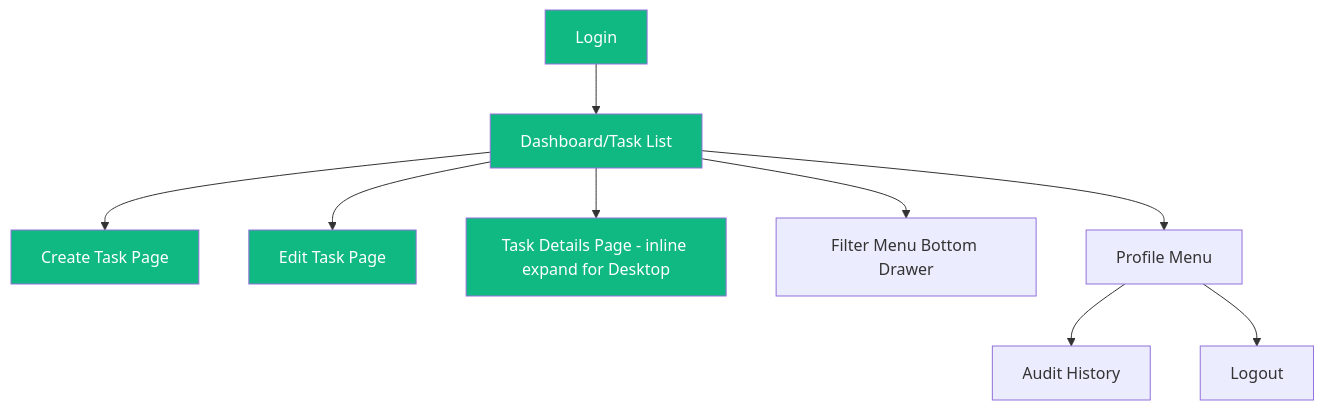
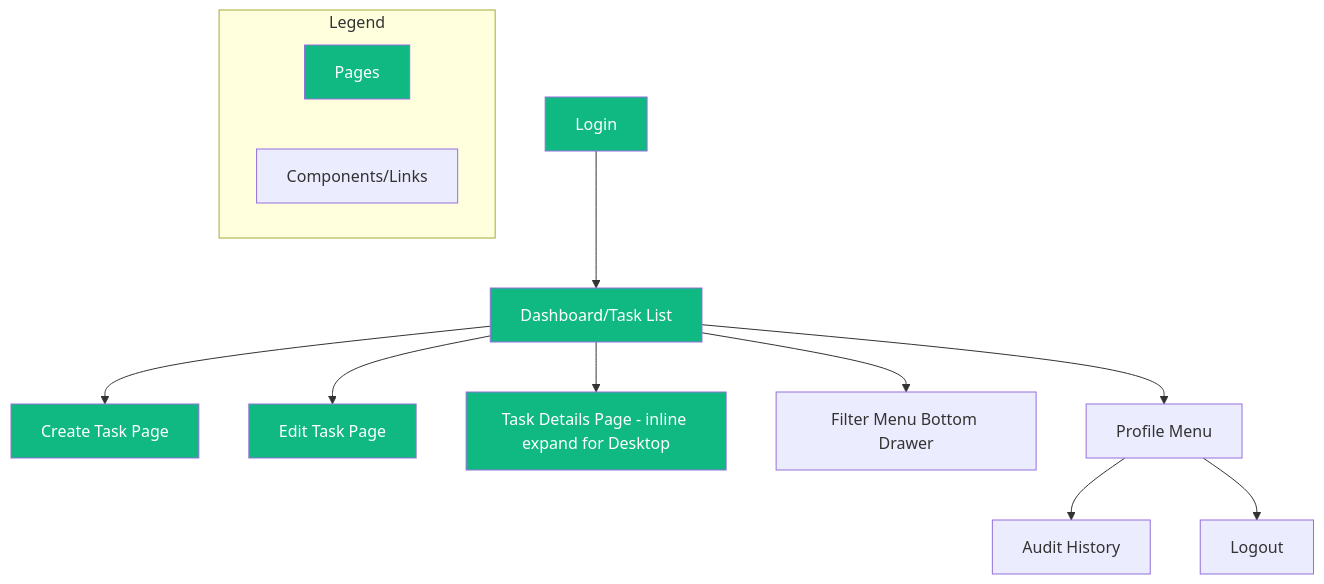
One commit to jorgecolonconsulting/govdo changed the diagram in .claude/sitemap.md. Above: the diagram before and after it, drawn with Mermaid. The commit also changed other lines of this file, not shown here.

Commit message:
refactor: update sitemap styles and add legend

````diff
--- a/.claude/sitemap.md
+++ b/.claude/sitemap.md
@@ -1,18 +1,27 @@
 ```mermaid
 graph TD
     A[Login] --> B[Dashboard/Task List]
     B --> C[Create Task Page]
     B --> D[Edit Task Page]
     B --> E[Task Details Page - inline expand for Desktop]
     B --> F[Filter Menu Bottom Drawer]
     B --> G[Profile Menu]
     G --> I[Audit History]
     G --> J[Logout]
     
-    style B fill:#10B981,color:#fff
-    style A fill:#10B981,color:#fff
-    style C fill:#10B981,color:#fff
-    style D fill:#10B981,color:#fff
-    style E fill:#10B981,color:#fff
-    style E fill:#10B981,color:#fff
+    %% Define reusable style class
+    classDef primaryNode fill:#10B981,color:#fff
+    class A,B,C,D,E primaryNode
+    
+    %% Legend
+    subgraph Legend
+        LP[Pages]
+        LC[Components/Links]
+    end
+    
+    %% Style legend items
+    classDef pageStyle fill:#10B981,color:#fff
+    classDef componentStyle stroke-width:1px
+    class LP pageStyle
+    class LC componentStyle
 ```
````
